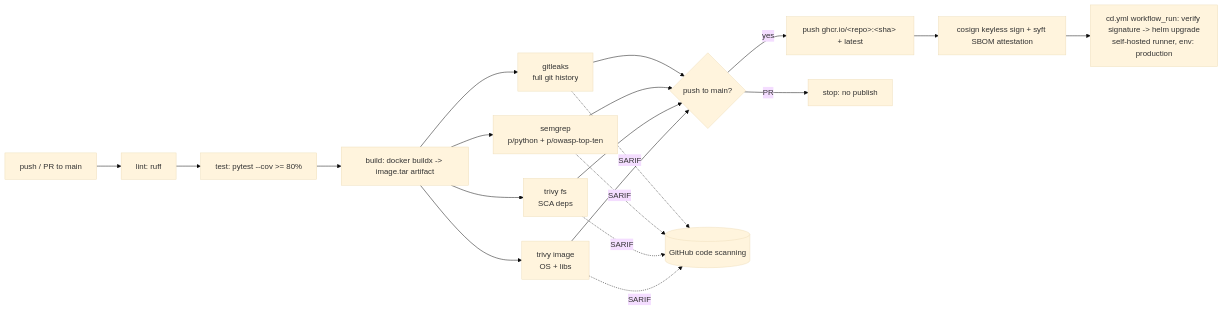
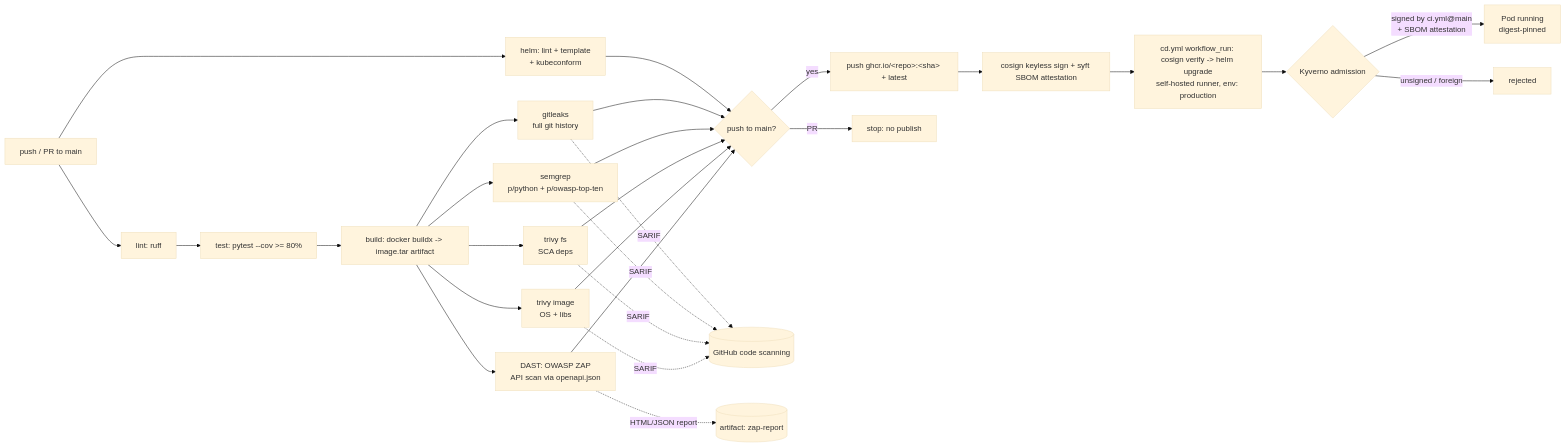
Before and after one commit to kageninnnnn/ioc-enricher: the diagram in docs/PIPELINE.md, drawn with Mermaid (base theme). The commit also changed other lines of this file and 62 other files, not shown here.

First line of the commit message:
Multi-source enrichment, batch API, auth/caching and DAST + admission control (#1)

````diff
--- a/docs/PIPELINE.md
+++ b/docs/PIPELINE.md
@@ -3,16 +3,22 @@
 ```mermaid
 flowchart LR
   A[push / PR to main] --> L[lint: ruff]
+  A --> H[helm: lint + template<br/>+ kubeconform]
   L --> T[test: pytest --cov >= 80%]
   T --> B[build: docker buildx -> image.tar artifact]
   B --> G1[gitleaks<br/>full git history]
   B --> G2[semgrep<br/>p/python + p/owasp-top-ten]
   B --> G3[trivy fs<br/>SCA deps]
   B --> G4[trivy image<br/>OS + libs]
-  G1 & G2 & G3 & G4 --> P{push to main?}
+  B --> G5[DAST: OWASP ZAP<br/>API scan via openapi.json]
+  H & G1 & G2 & G3 & G4 & G5 --> P{push to main?}
   P -- yes --> R[push ghcr.io/&lt;repo&gt;:&lt;sha&gt; + latest]
   R --> S[cosign keyless sign + syft SBOM attestation]
-  S --> CD[cd.yml workflow_run: verify signature -> helm upgrade<br/>self-hosted runner, env: production]
+  S --> CD[cd.yml workflow_run: cosign verify -> helm upgrade<br/>self-hosted runner, env: production]
+  CD --> K{Kyverno admission}
+  K -- signed by ci.yml@main<br/>+ SBOM attestation --> RUN[Pod running<br/>digest-pinned]
+  K -- unsigned / foreign --> DENY[rejected]
   P -- PR --> X[stop: no publish]
   G1 & G2 & G3 & G4 -. SARIF .-> CS[(GitHub code scanning)]
+  G5 -. HTML/JSON report .-> ART[(artifact: zap-report)]
 ```
````
